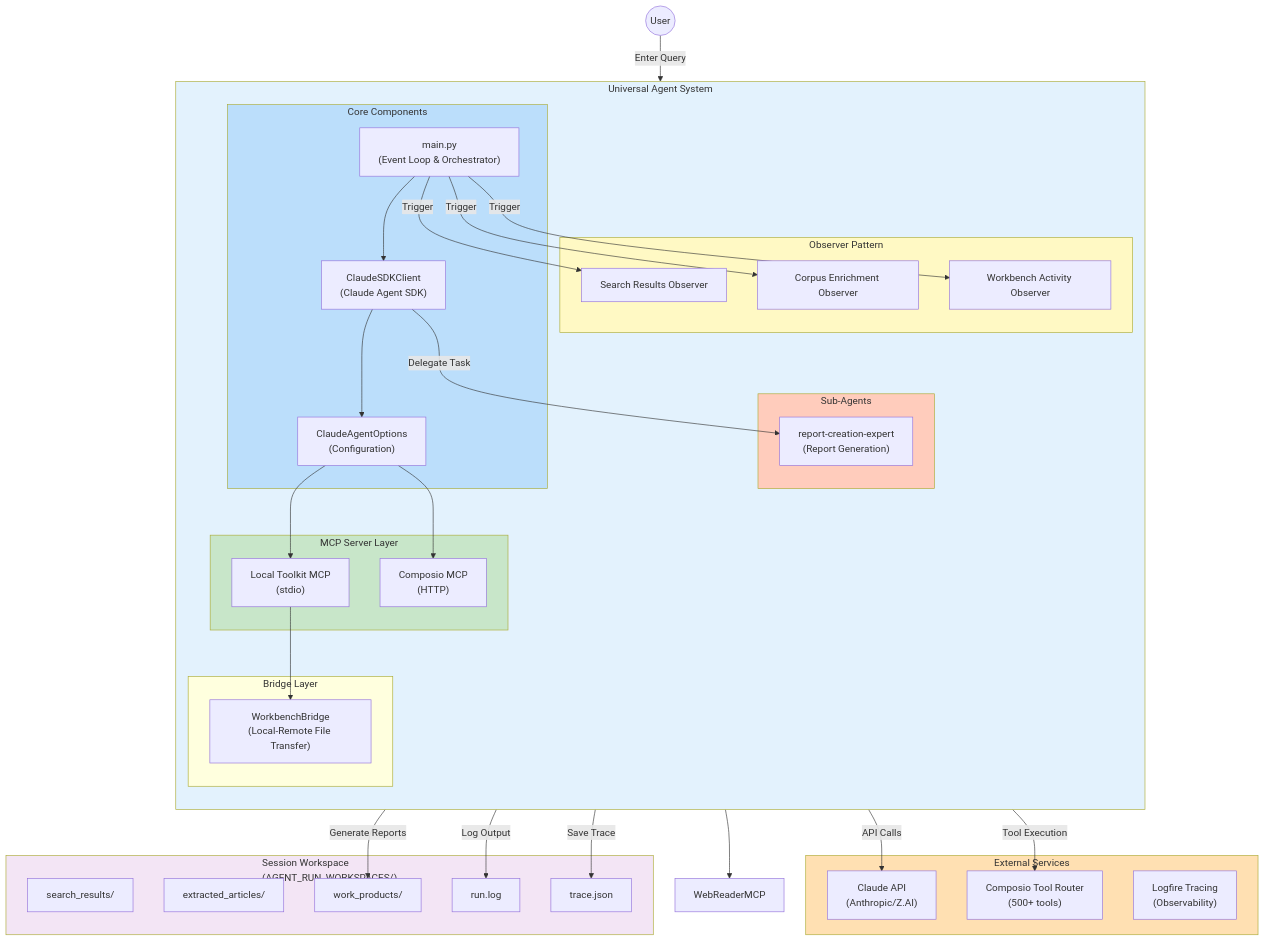
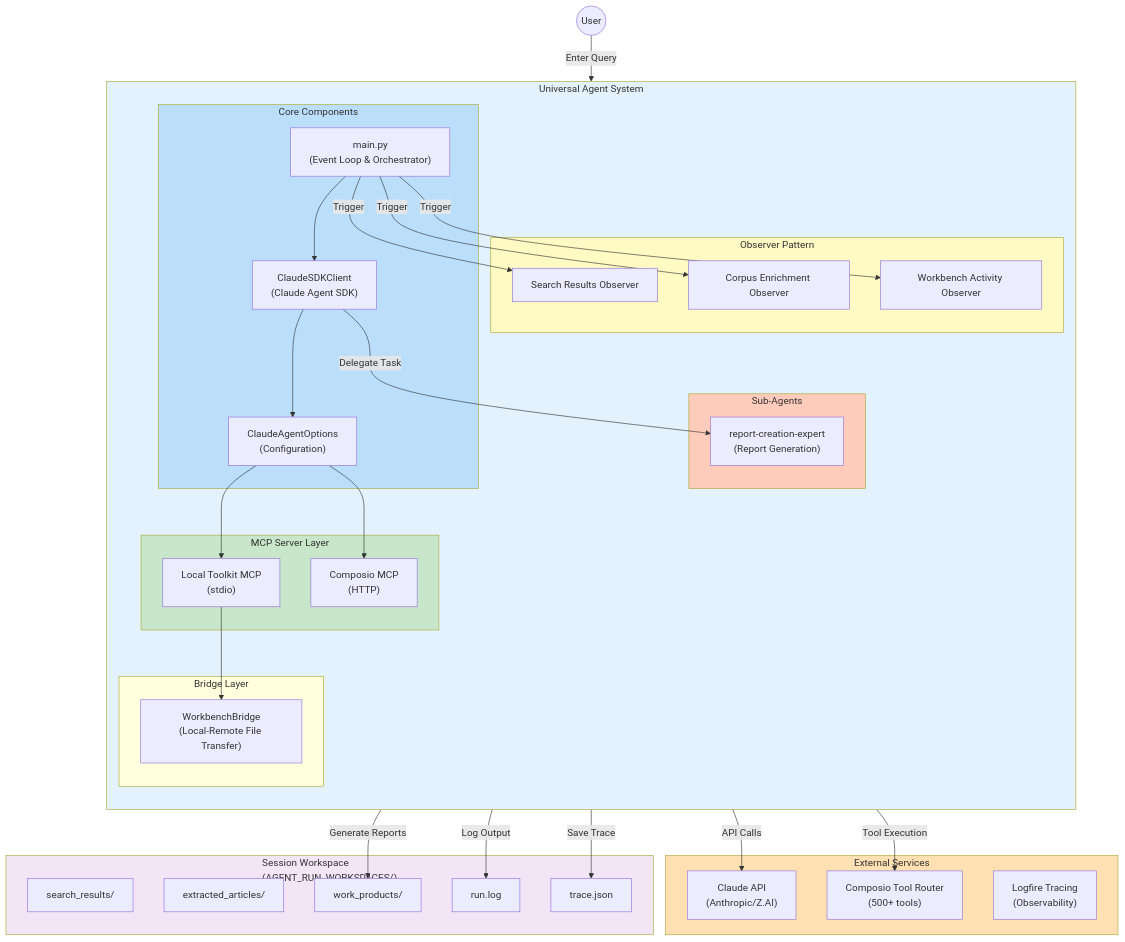
The first of 15 diagrams in Project_Documentation/Architecture/01_overall_system_architecture.md (Kjdragan/universal_agent), drawn with Mermaid before and after one commit. The commit also changed other lines of this file and 14 other files, not shown here.

````diff
--- a/Project_Documentation/Architecture/01_overall_system_architecture.md
+++ b/Project_Documentation/Architecture/01_overall_system_architecture.md
@@ -44,76 +44,75 @@
 ```mermaid
 flowchart TB
     subgraph External["External Services"]
         ClaudeAPI["Claude API<br/>(Anthropic/Z.AI)"]
         ComposioAPI["Composio Tool Router<br/>(500+ tools)"]
         LogfireAPI["Logfire Tracing<br/>(Observability)"]
     end
 
     subgraph UniversalAgent["Universal Agent System"]
         direction TB
 
         subgraph Core["Core Components"]
             Main["main.py<br/>(Event Loop & Orchestrator)"]
             Client["ClaudeSDKClient<br/>(Claude Agent SDK)"]
             Options["ClaudeAgentOptions<br/>(Configuration)"]
         end
 
         subgraph SubAgents["Sub-Agents"]
             ReportExpert["report-creation-expert<br/>(Report Generation)"]
         end
 
         subgraph Observers["Observer Pattern"]
             SearchObs["Search Results Observer"]
             CorpusObs["Corpus Enrichment Observer"]
             WorkbenchObs["Workbench Activity Observer"]
         end
 
         subgraph MCPLayer["MCP Server Layer"]
             LocalMCP["Local Toolkit MCP<br/>(stdio)"]
             ComposioMCP["Composio MCP<br/>(HTTP)"]
         end
 
         subgraph Bridges["Bridge Layer"]
             WorkbenchBridge["WorkbenchBridge<br/>(Local-Remote File Transfer)"]
         end
     end
 
     subgraph Workspace["Session Workspace<br/>(AGENT_RUN_WORKSPACES/)"]
         SearchResults["search_results/"]
         ExtractedArticles["extracted_articles/"]
         WorkProducts["work_products/"]
         RunLog["run.log"]
         TraceJSON["trace.json"]
     end
 
     User(("User")) -->|"Enter Query"| Main
 
     Main --> Client
     Client --> Options
     Options --> LocalMCP
     Options --> ComposioMCP
-    Options --> WebReaderMCP
 
     Client -->|"Delegate Task"| ReportExpert
 
     Main -->|"Trigger"| SearchObs
     Main -->|"Trigger"| CorpusObs
     Main -->|"Trigger"| WorkbenchObs
 
     LocalMCP --> WorkbenchBridge
 
     Client -->|"API Calls"| ClaudeAPI
     ComposioMCP -->|"Tool Execution"| ComposioAPI
 
     ReportExpert -->|"Generate Reports"| WorkProducts
     Main -->|"Log Output"| RunLog
     Main -->|"Save Trace"| TraceJSON
 
     style UniversalAgent fill:#e3f2fd
     style Core fill:#bbdefb
     style MCPLayer fill:#c8e6c9
     style Observers fill:#fff9c4
     style SubAgents fill:#ffccbc
     style Workspace fill:#f3e5f5
     style External fill:#ffe0b2
 ```
````
